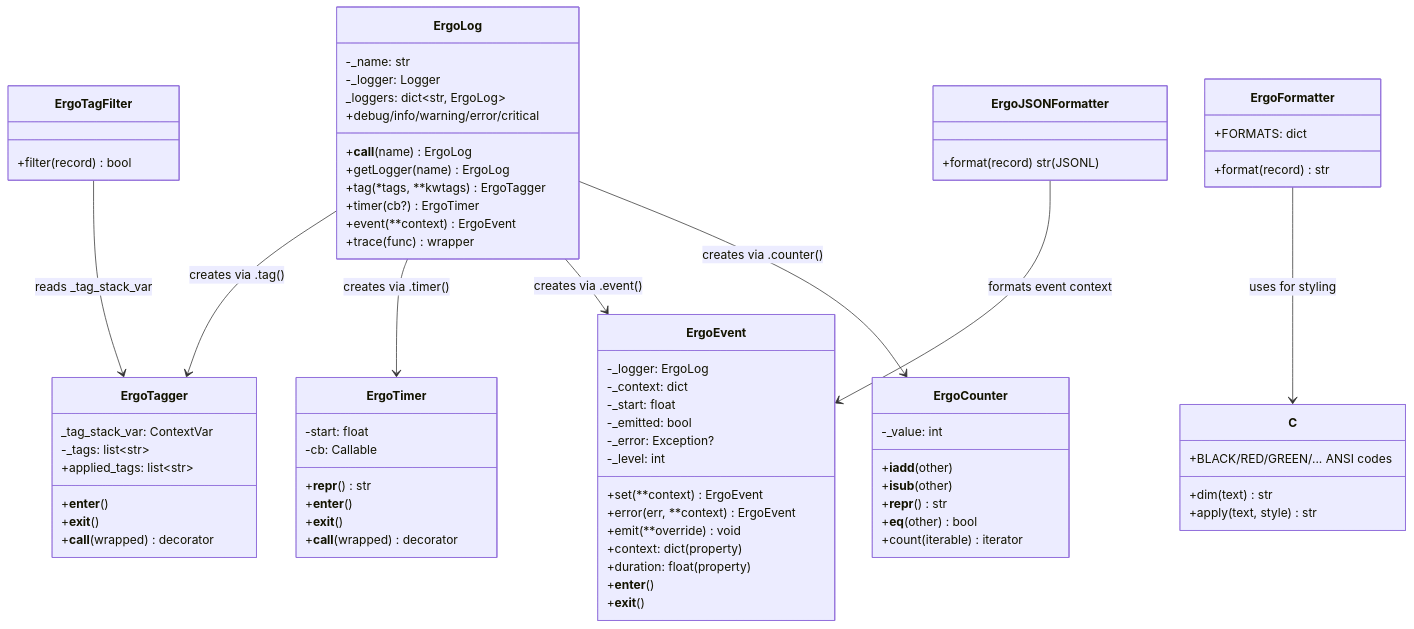
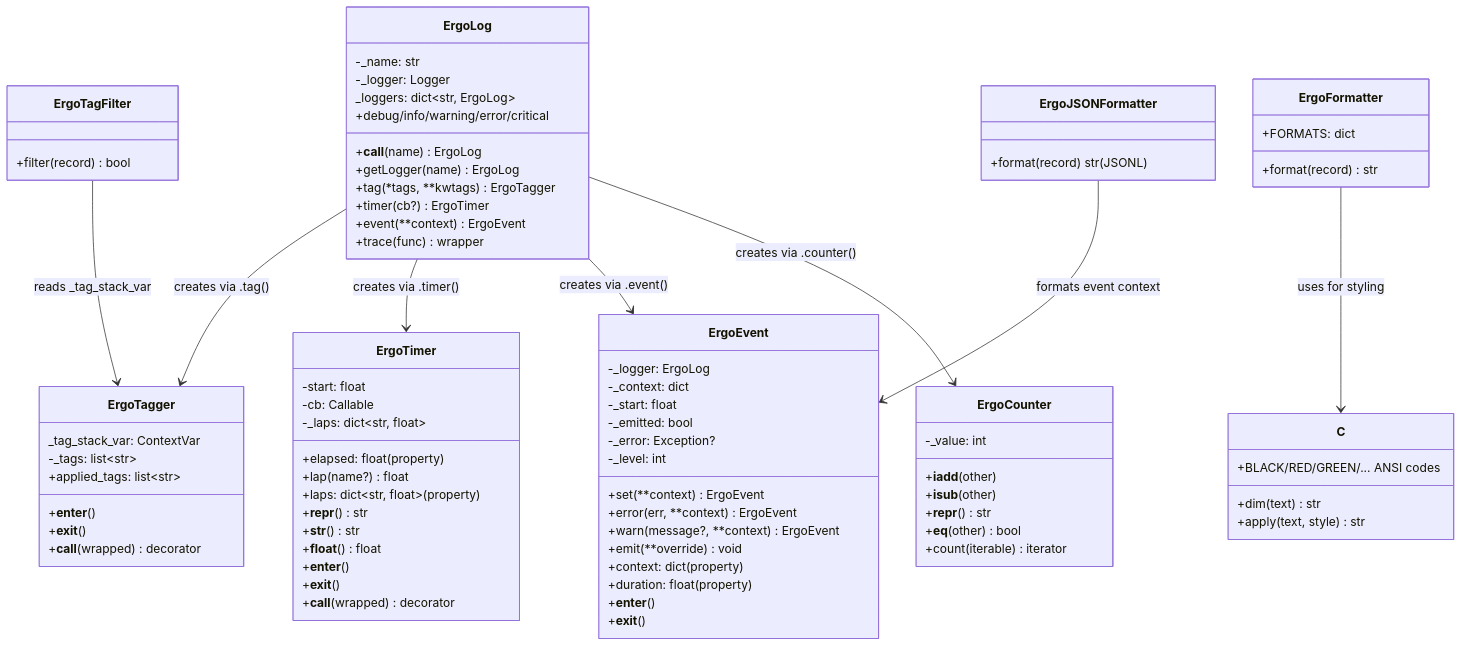
One commit to DaelonSuzuka/ergolog changed the diagram in lode/core/summary.md. Above: the diagram before and after it, drawn with Mermaid. The commit also changed other lines of this file and 9 other files, not shown here.

Commit message:
Add timer laps, composability between events/counters/timers, e.warn(), and demo script/notebook

```diff
--- a/lode/core/summary.md
+++ b/lode/core/summary.md
@@ -35,6 +35,7 @@
         -_level: int
         +set(**context) ErgoEvent
         +error(err, **context) ErgoEvent
+        +warn(message?, **context) ErgoEvent
         +emit(**override) void
         +context: dict (property)
         +duration: float (property)
@@ -55,7 +56,13 @@
     class ErgoTimer {
         -start: float
         -cb: Callable
+        -_laps: dict~str, float~
+        +elapsed: float (property)
+        +lap(name?) float
+        +laps: dict~str, float~ (property)
         +__repr__() str
+        +__str__() str
+        +__float__() float
         +__enter__()
         +__exit__()
         +__call__(wrapped) decorator
```
